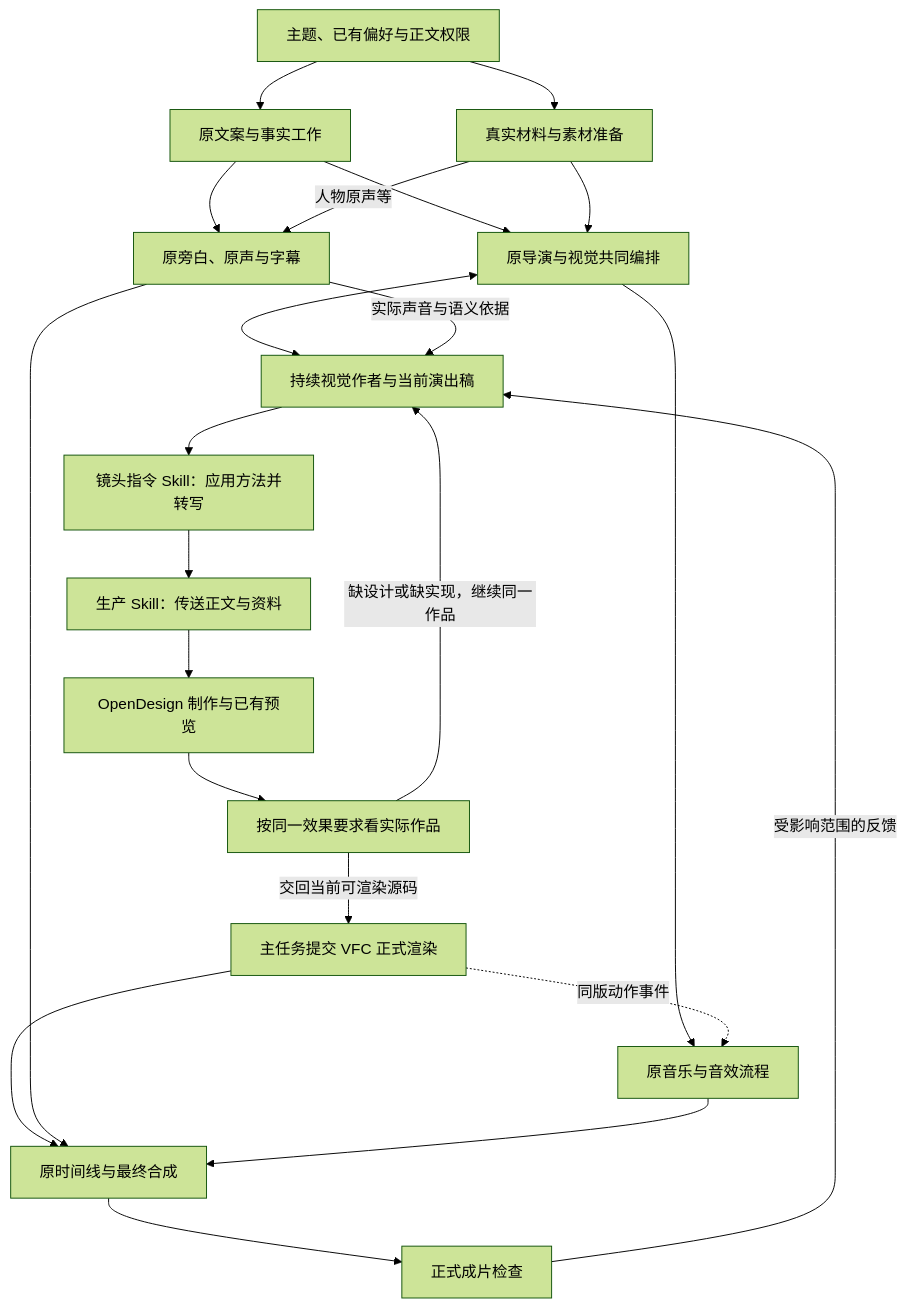
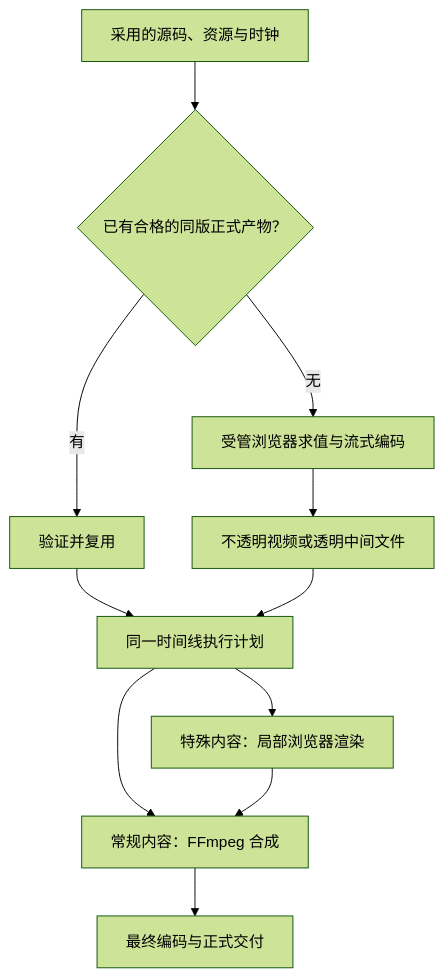
Before and after one commit to angelOnly/VideoFlowCut: the second of 2 diagrams in docs/VideoFlowCut_OpenDesign_MCP_Integration_Plan.md, drawn with Mermaid (forest theme). The commit also changed other lines of this file and 96 other files, not shown here.

Commit message:
完成 OpenDesign 媒体渲染链路并发布插件 0.1.101

````diff
--- a/docs/VideoFlowCut_OpenDesign_MCP_Integration_Plan.md
+++ b/docs/VideoFlowCut_OpenDesign_MCP_Integration_Plan.md
@@ -86,25 +72,13 @@
 ```mermaid
 flowchart TD
-    A["主题、已有偏好与正文权限"] --> B["原文案与事实工作"]
-    A --> C["真实材料与素材准备"]
-    B --> D["原导演与视觉共同编排"]
-    C --> D
-    D <--> E["持续视觉作者与当前演出稿"]
-    E --> S["镜头指令 Skill：应用方法并转写"]
-    S --> P["生产 Skill：传送正文与资料"]
-    P --> O["OpenDesign 制作与已有预览"]
-    O --> V["按同一效果要求看实际作品"]
-    V -->|"缺设计或缺实现，继续同一作品"| E
-    V -->|"交回当前可渲染源码"| R["主任务提交 VFC 正式渲染"]
-
-    B --> I["原旁白、原声与字幕"]
-    C -->|"人物原声等"| I
-    I -->|"实际声音与语义依据"| E
-    D --> L["原音乐与音效流程"]
-    R -.->|"同版动作事件"| L
-    R --> F["原时间线与最终合成"]
-    I --> F
-    L --> F
-    F --> K["正式成片检查"]
-    K -->|"受影响范围的反馈"| E
+    A["采用的源码、资源与时钟"] --> B{"已有合格的同版正式产物？"}
+    B -->|有| C["验证并复用"]
+    B -->|无| D["受管浏览器求值与流式编码"]
+    D --> E["不透明视频或透明中间文件"]
+    C --> F["同一时间线执行计划"]
+    E --> F
+    F --> G["常规内容：FFmpeg 合成"]
+    F --> H["特殊内容：局部浏览器渲染"]
+    H --> G
+    G --> I["最终编码与正式交付"]
 ```
````
